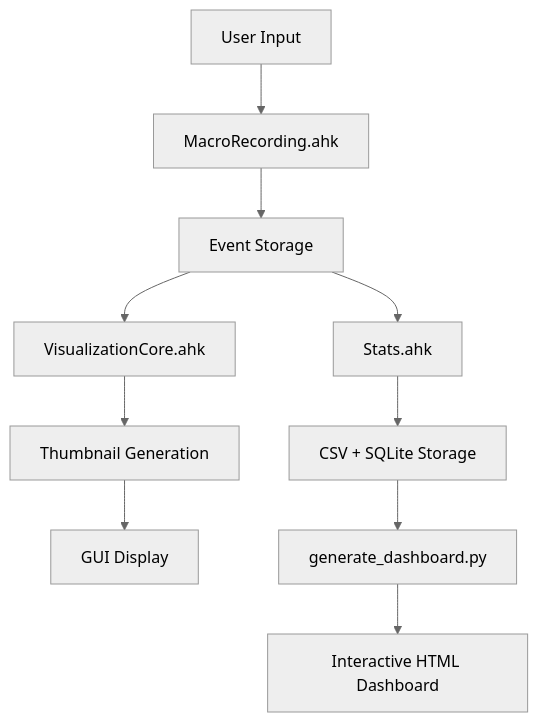
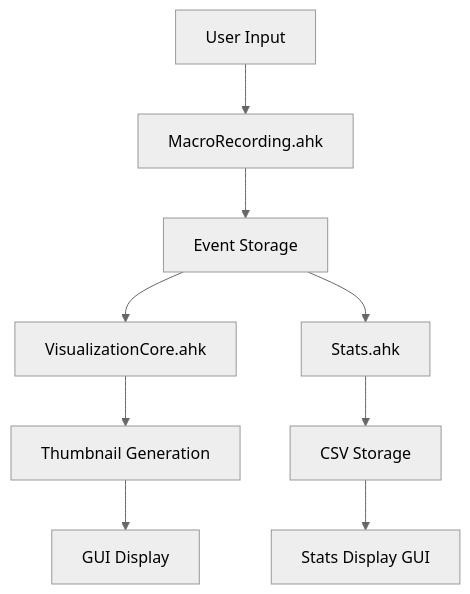
One commit to zinotino/MacroBox changed the second of 2 diagrams in README.md. Above: the diagram before and after it, drawn with Mermaid (neutral theme). The commit also changed other lines of this file and 64 other files, not shown here.

````diff
--- a/README.md
+++ b/README.md
@@ -156,13 +157,12 @@
 ```mermaid
 graph TD
     A[User Input] --> B[MacroRecording.ahk]
     B --> C[Event Storage]
     C --> D[VisualizationCore.ahk]
     D --> E[Thumbnail Generation]
     E --> F[GUI Display]
 
     C --> G[Stats.ahk]
-    G --> H[CSV + SQLite Storage]
-    H --> I[generate_dashboard.py]
-    I --> J[Interactive HTML Dashboard]
+    G --> H[CSV Storage]
+    H --> I[Stats Display GUI]
 ```
````
